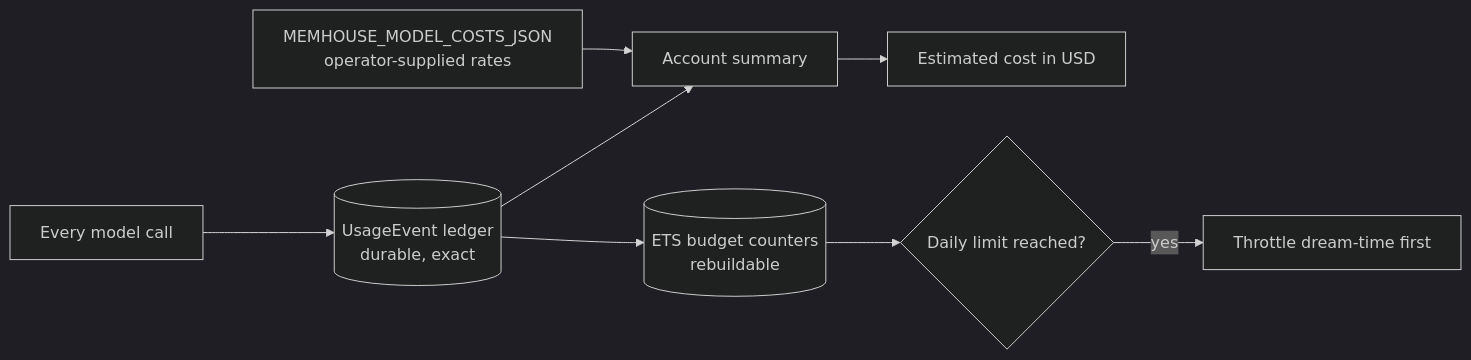
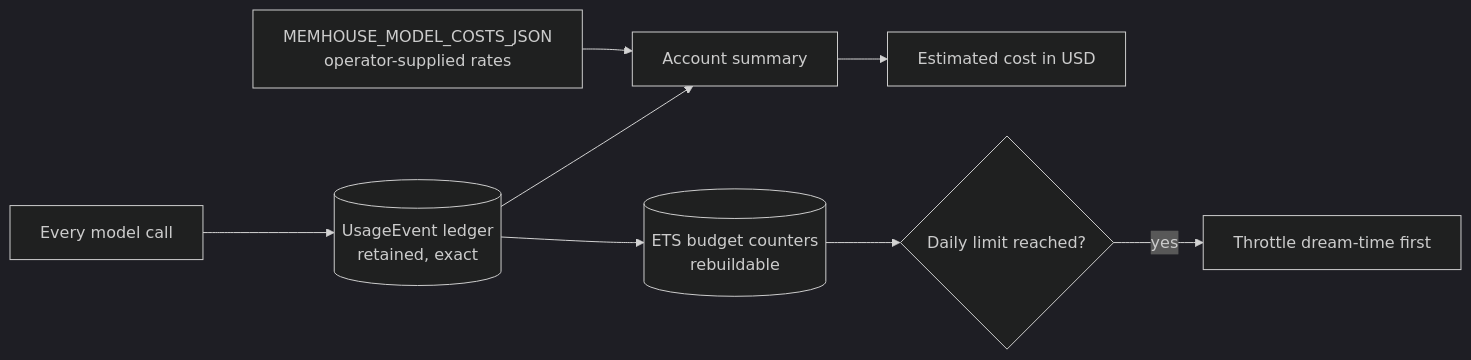
The diagram in docs/operations/health-and-costs.md (memhousehq/memhouse), drawn with Mermaid (dark theme) before and after one commit. The commit also changed other lines of this file and 23 other files, not shown here.

````diff
--- a/docs/operations/health-and-costs.md
+++ b/docs/operations/health-and-costs.md
@@ -91,10 +94,10 @@
 ```mermaid
 flowchart LR
-    CALL[Every model call] --> UE[(UsageEvent ledger<br/>durable, exact)]
+    CALL[Every model call] --> UE[(UsageEvent ledger<br/>retained, exact)]
     UE --> SUM[Account summary]
     RATES["MEMHOUSE_MODEL_COSTS_JSON<br/>operator-supplied rates"] --> SUM
     SUM --> OUT[Estimated cost in USD]
     UE --> ETS[(ETS budget counters<br/>rebuildable)]
     ETS --> ADM{Daily limit reached?}
     ADM -->|yes| TH["Throttle dream-time first"]
 ```
````
